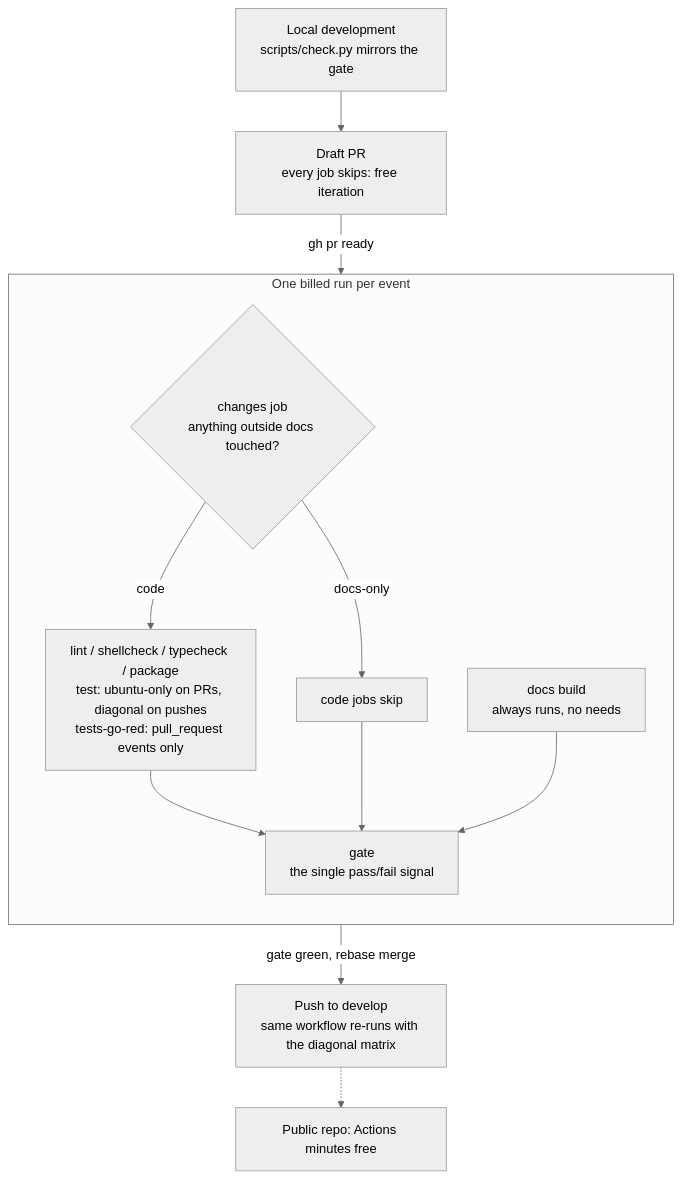
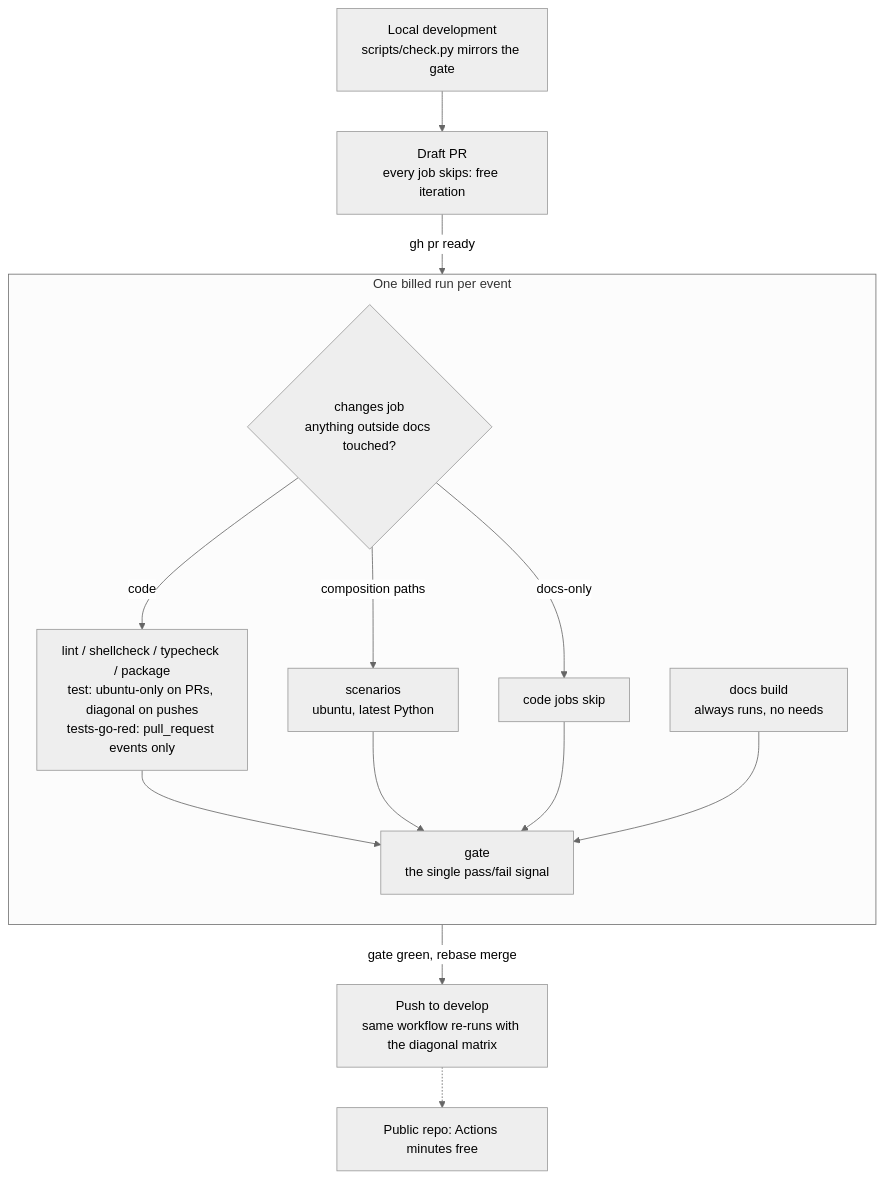
Before and after one commit to TheRealBillSiegler/boilerplate: the diagram in docs/governance/ci.md, drawn with Mermaid (neutral theme). The commit also changed other lines of this file, not shown here.

Commit message:
docs: describe the scenarios job and the local gate's scenario choice

````diff
--- a/docs/governance/ci.md
+++ b/docs/governance/ci.md
@@ -7,17 +7,19 @@
 ```mermaid
 flowchart TD
     dev["Local development<br>scripts/check.py mirrors the gate"] --> draft["Draft PR<br>every job skips: free iteration"]
     draft -- "gh pr ready" --> run
     subgraph run["One billed run per event"]
         direction TB
         changes{"changes job<br>anything outside docs touched?"}
         changes -- "docs-only" --> skip["code jobs skip"]
         changes -- "code" --> code["lint / shellcheck / typecheck / package<br>test: ubuntu-only on PRs, diagonal on pushes<br>tests-go-red: pull_request events only"]
+        changes -- "composition paths" --> scen["scenarios<br>ubuntu, latest Python"]
         docsjob["docs build<br>always runs, no needs"]
         code --> gate["gate<br>the single pass/fail signal"]
+        scen --> gate
         skip --> gate
         docsjob --> gate
     end
     run -- "gate green, rebase merge" --> push["Push to develop<br>same workflow re-runs with the diagonal matrix"]
     push -.-> free["Public repo: Actions minutes free"]
 ```
````
